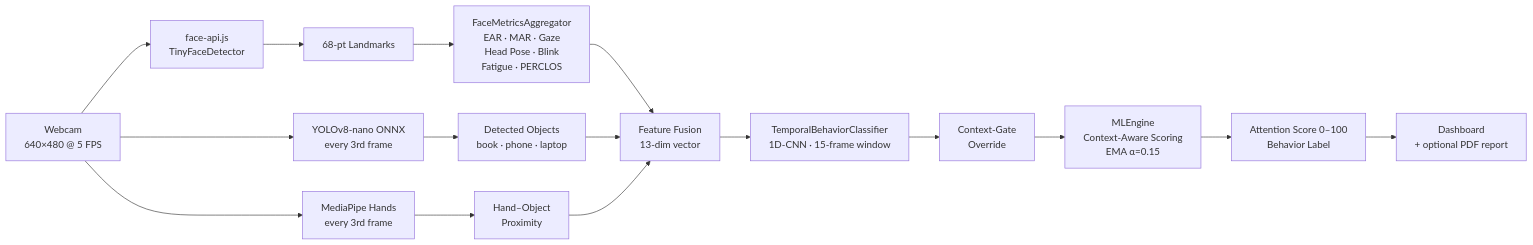
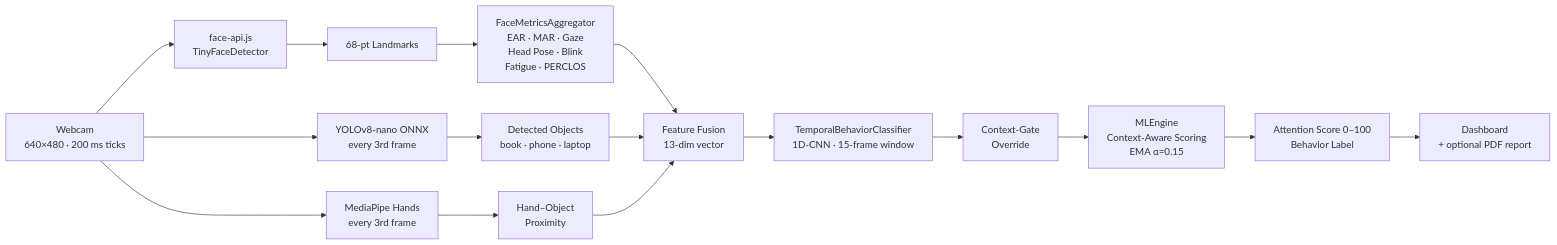
Before and after one commit to hrishikeshjh/AttentionTrackerOSS: the first of 2 diagrams in README.md, drawn with Mermaid. The commit also changed other lines of this file and 10 other files, not shown here.

````diff
--- a/README.md
+++ b/README.md
@@ -174,19 +191,19 @@
 ```mermaid
 flowchart LR
-    A[Webcam\n640×480 @ 5 FPS] --> B[face-api.js\nTinyFaceDetector]
+    A[Webcam\n640×480 · 200 ms ticks] --> B[face-api.js\nTinyFaceDetector]
     B --> C[68-pt Landmarks]
     C --> D[FaceMetricsAggregator\nEAR · MAR · Gaze\nHead Pose · Blink\nFatigue · PERCLOS]
 
     A --> E[YOLOv8-nano ONNX\nevery 3rd frame]
     E --> F[Detected Objects\nbook · phone · laptop]
 
     A --> G[MediaPipe Hands\nevery 3rd frame]
     G --> H[Hand–Object\nProximity]
 
     D & F & H --> I[Feature Fusion\n13-dim vector]
     I --> J[TemporalBehaviorClassifier\n1D-CNN · 15-frame window]
     J --> K[Context-Gate\nOverride]
     K --> L[MLEngine\nContext-Aware Scoring\nEMA α=0.15]
     L --> M[Attention Score 0–100\nBehavior Label]
     M --> N[Dashboard\n+ optional PDF report]
 ```
````
